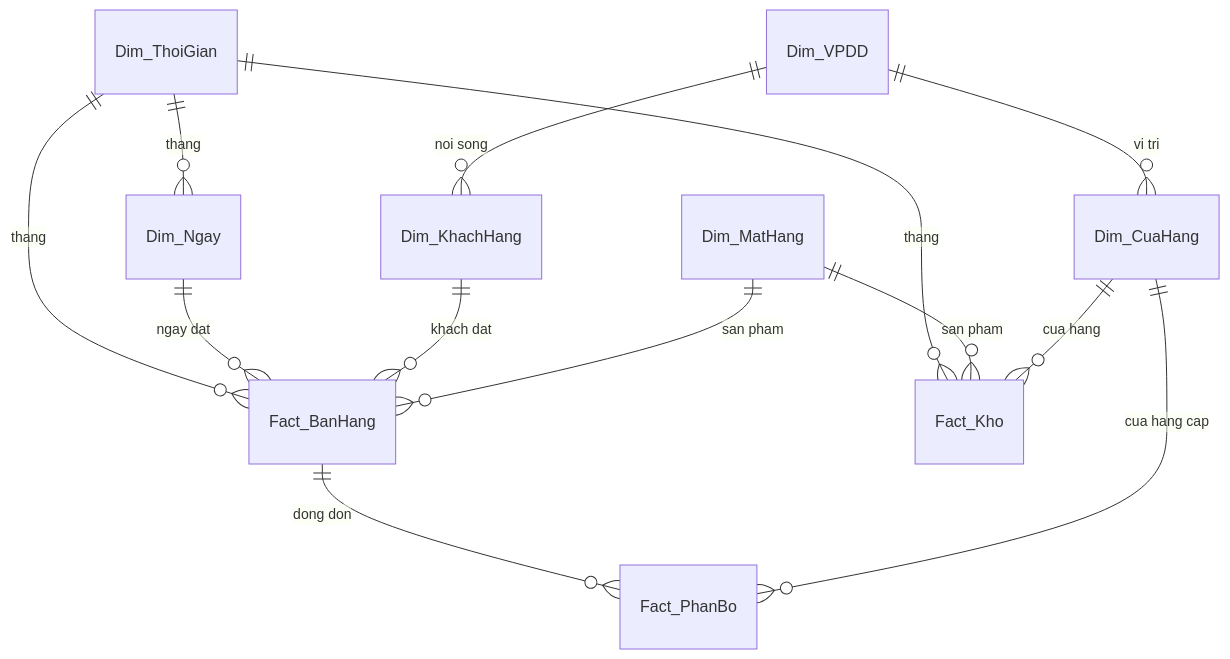
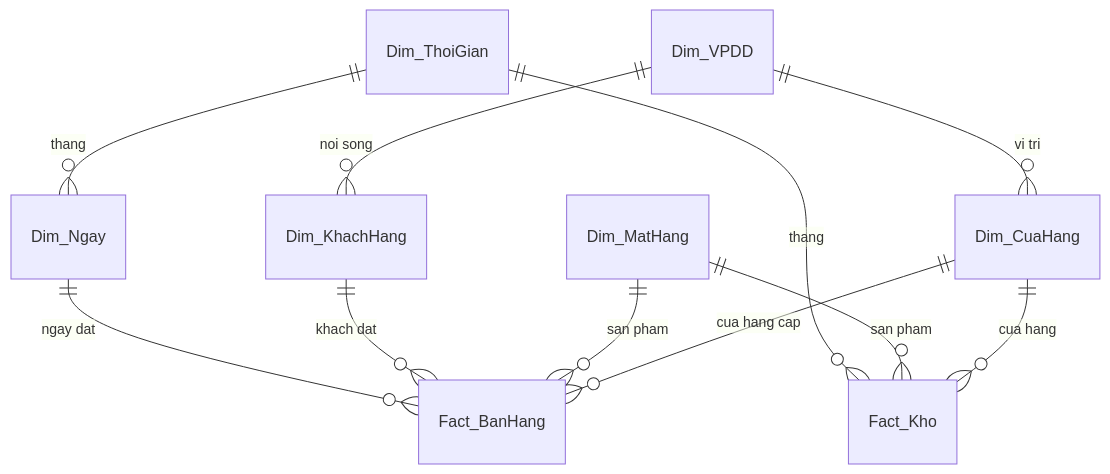
One commit to HoangNgn30/BTL_Datawarehouse changed the third of 3 diagrams in docs/BAO_CAO.md. Above: the diagram before and after it, drawn with Mermaid. The commit also changed other lines of this file and 33 other files, not shown here.

First line of the commit message:
Fact ban hang 4 chieu, 152 cuboid, du lieu >=100k dong; xoa thu muc CLAUDE

````diff
--- a/docs/BAO_CAO.md
+++ b/docs/BAO_CAO.md
@@ -61,15 +70,13 @@
 ```mermaid
 erDiagram
   Dim_ThoiGian ||--o{ Dim_Ngay : "thang"
-  Dim_ThoiGian ||--o{ Fact_BanHang : "thang"
   Dim_Ngay ||--o{ Fact_BanHang : "ngay dat"
   Dim_KhachHang ||--o{ Fact_BanHang : "khach dat"
   Dim_MatHang ||--o{ Fact_BanHang : "san pham"
-  Fact_BanHang ||--o{ Fact_PhanBo : "dong don"
-  Dim_CuaHang ||--o{ Fact_PhanBo : "cua hang cap"
+  Dim_CuaHang ||--o{ Fact_BanHang : "cua hang cap"
   Dim_ThoiGian ||--o{ Fact_Kho : "thang"
   Dim_MatHang ||--o{ Fact_Kho : "san pham"
   Dim_CuaHang ||--o{ Fact_Kho : "cua hang"
   Dim_VPDD ||--o{ Dim_KhachHang : "noi song"
   Dim_VPDD ||--o{ Dim_CuaHang : "vi tri"
 ```
````
